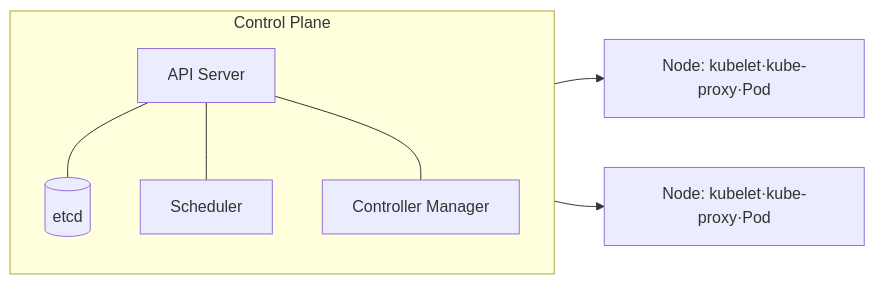
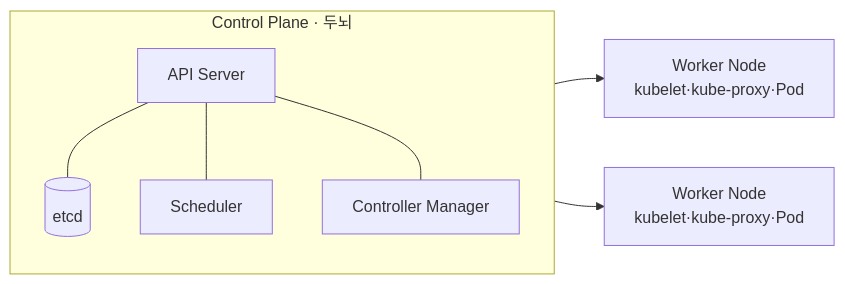
The diagram in content/kubernetes.md (coninggu/wjdqhrhksflrltnftk), drawn with Mermaid before and after one commit. The commit also changed other lines of this file and 6 other files, not shown here.

````diff
--- a/content/kubernetes.md
+++ b/content/kubernetes.md
@@ -17,10 +16,10 @@
 ```mermaid
 flowchart LR
-  subgraph CP[Control Plane]
+  subgraph CP[Control Plane · 두뇌]
     API[API Server] --- ETCD[(etcd)]
     API --- SCH[Scheduler]
     API --- CM[Controller Manager]
   end
-  CP --> N1[Node: kubelet·kube-proxy·Pod]
-  CP --> N2[Node: kubelet·kube-proxy·Pod]
+  CP --> N1[Worker Node<br/>kubelet·kube-proxy·Pod]
+  CP --> N2[Worker Node<br/>kubelet·kube-proxy·Pod]
 ```
````
